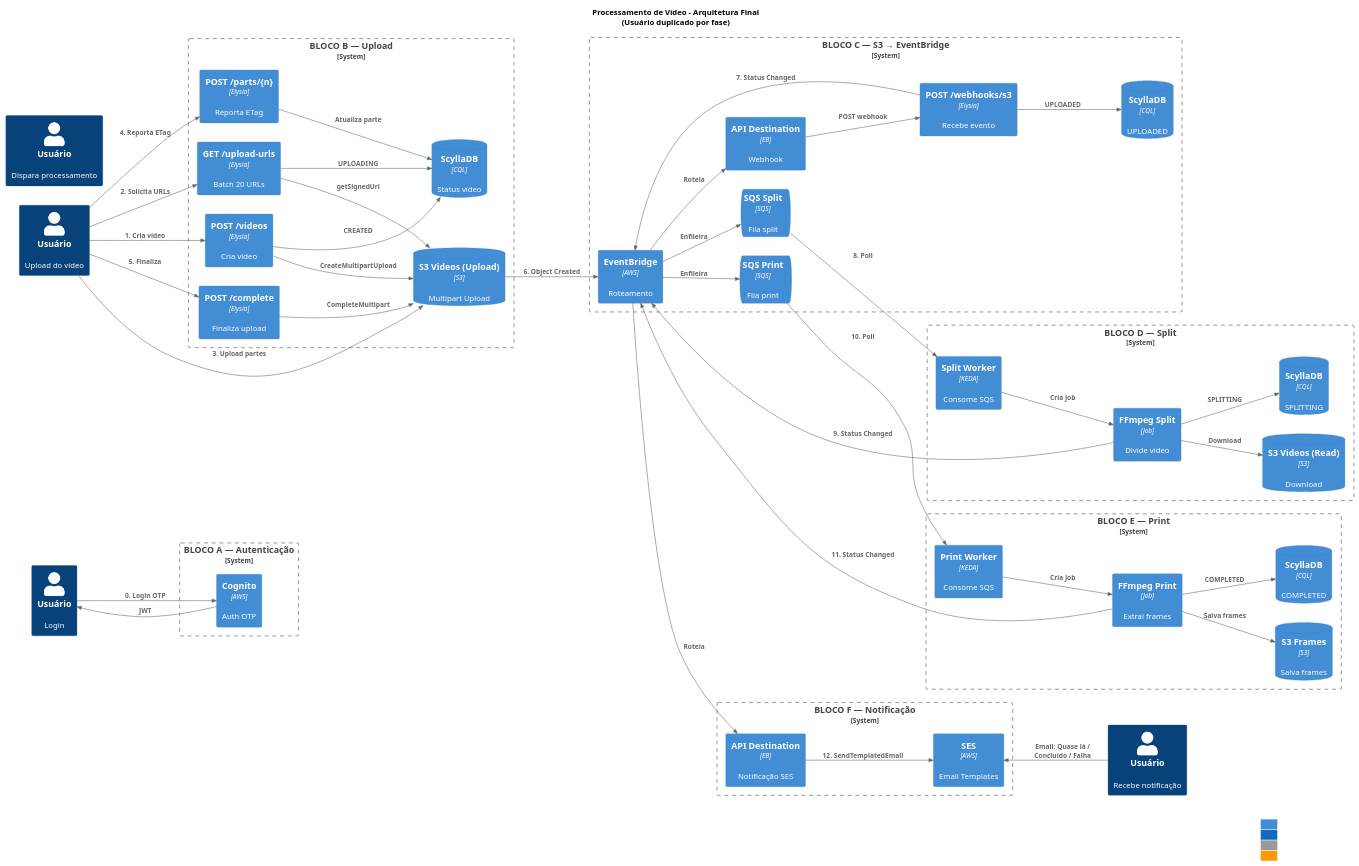
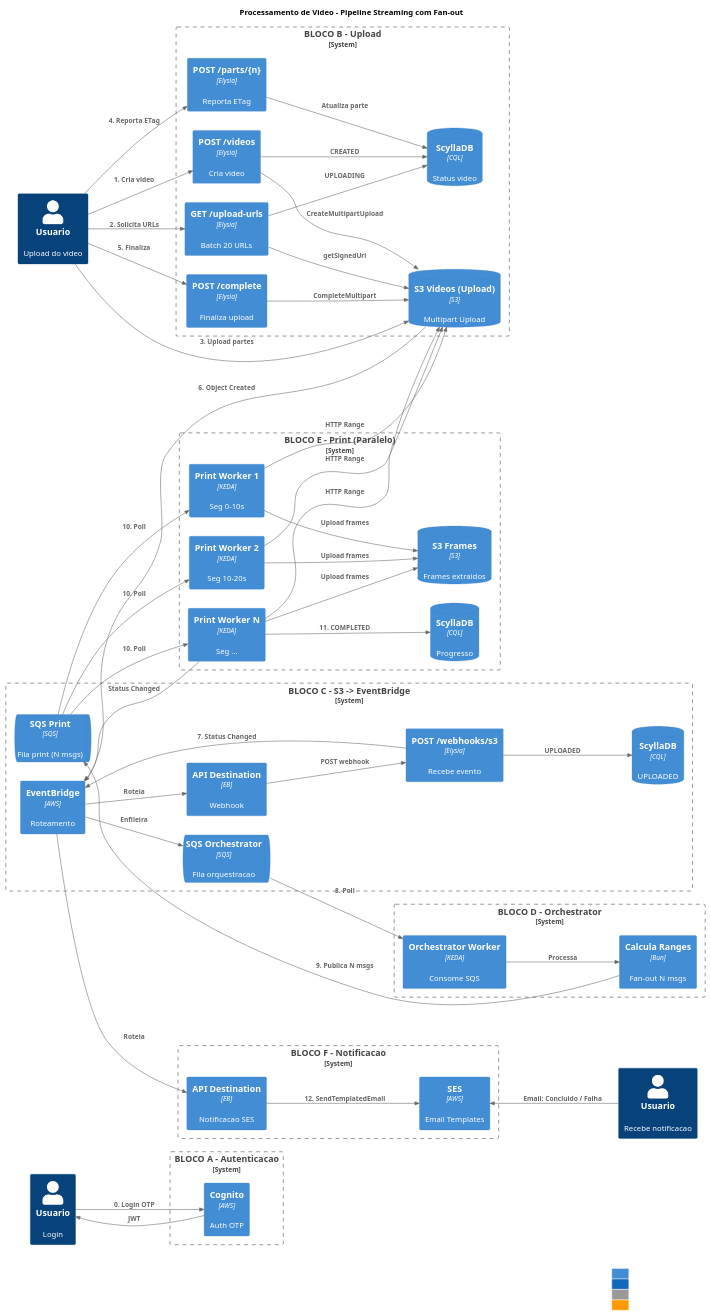
Before and after one commit to FreitasArao/fiap-image: the diagram in docs/hld-architecture.puml, drawn with PlantUML. The commit also changed 32 other files, not shown here.

Commit message:
feat: Refactor video processing architecture to implement orchestrator and print workers, enhance SQS and EventBridge integration, and introduce time range calculations for segment processing

```diff
--- a/docs/hld-architecture.puml
+++ b/docs/hld-architecture.puml
@@ -1,131 +1,110 @@
-@startuml HLD-Flow-Blocks-UserPhases
+@startuml HLD-Architecture
 !include https://raw.githubusercontent.com/plantuml-stdlib/C4-PlantUML/master/C4_Container.puml
 !include https://raw.githubusercontent.com/plantuml-stdlib/C4-PlantUML/master/C4_Context.puml
 
 LAYOUT_LEFT_RIGHT()
 HIDE_STEREOTYPE()
-title Processamento de Vídeo - Arquitetura Final\n(Usuário duplicado por fase)
+title Processamento de Video - Pipeline Streaming com Fan-out
 
 legend right
   |= Cor |= Tipo |
   | <#438DD5> | AWS Services |
   | <#1168BD> | API / Backend |
   | <#999999> | Kubernetes |
   | <#FF9900> | Banco de Dados |
 endlegend
 
-' =========================
-' USUÁRIOS POR FASE
-' =========================
-Person(userAuth, "Usuário", "Login")
-Person(userUpload, "Usuário", "Upload do vídeo")
-Person(userProcess, "Usuário", "Dispara processamento")
-Person(userNotify, "Usuário", "Recebe notificação")
+Person(userAuth, "Usuario", "Login")
+Person(userUpload, "Usuario", "Upload do video")
+Person(userNotify, "Usuario", "Recebe notificacao")
 
-' =========================
-' BLOCO A — AUTH
-' =========================
-System_Boundary(block_auth, "BLOCO A — Autenticação") {
+System_Boundary(block_auth, "BLOCO A - Autenticacao") {
   Container(cognito_A, "Cognito", "AWS", "Auth OTP")
 }
 
 Rel(userAuth, cognito_A, "0. Login OTP")
 Rel(cognito_A, userAuth, "JWT")
 
-' =========================
-' BLOCO B — UPLOAD
-' =========================
-System_Boundary(block_upload, "BLOCO B — Upload") {
-  Container(apiVideos_B, "POST /videos", "Elysia", "Cria vídeo")
+System_Boundary(block_upload, "BLOCO B - Upload") {
+  Container(apiVideos_B, "POST /videos", "Elysia", "Cria video")
   Container(apiUrls_B, "GET /upload-urls", "Elysia", "Batch 20 URLs")
   Container(apiParts_B, "POST /parts/{n}", "Elysia", "Reporta ETag")
   Container(apiComplete_B, "POST /complete", "Elysia", "Finaliza upload")
 
   ContainerDb(s3Upload_B, "S3 Videos (Upload)", "S3", "Multipart Upload")
-  ContainerDb(cassandraUpload_B, "ScyllaDB", "CQL", "Status vídeo")
+  ContainerDb(cassandraUpload_B, "ScyllaDB", "CQL", "Status video")
 }
 
-Rel(userUpload, apiVideos_B, "1. Cria vídeo")
+Rel(userUpload, apiVideos_B, "1. Cria video")
 Rel(apiVideos_B, s3Upload_B, "CreateMultipartUpload")
 Rel(apiVideos_B, cassandraUpload_B, "CREATED")
 
 Rel(userUpload, apiUrls_B, "2. Solicita URLs")
 Rel(apiUrls_B, s3Upload_B, "getSignedUrl")
 Rel(apiUrls_B, cassandraUpload_B, "UPLOADING")
 
 Rel(userUpload, s3Upload_B, "3. Upload partes")
 Rel(userUpload, apiParts_B, "4. Reporta ETag")
 Rel(apiParts_B, cassandraUpload_B, "Atualiza parte")
 
 Rel(userUpload, apiComplete_B, "5. Finaliza")
 Rel(apiComplete_B, s3Upload_B, "CompleteMultipart")
 
-' =========================
-' BLOCO C — EVENTO S3
-' =========================
-System_Boundary(block_events, "BLOCO C — S3 → EventBridge") {
+System_Boundary(block_events, "BLOCO C - S3 -> EventBridge") {
   Container(eventbridge_C, "EventBridge", "AWS", "Roteamento")
   Container(apiDestWebhook_C, "API Destination", "EB", "Webhook")
   Container(apiWebhook_C, "POST /webhooks/s3", "Elysia", "Recebe evento")
 
-  ContainerQueue(sqsSplit_C, "SQS Split", "SQS", "Fila split")
-  ContainerQueue(sqsPrint_C, "SQS Print", "SQS", "Fila print")
+  ContainerQueue(sqsOrch_C, "SQS Orchestrator", "SQS", "Fila orquestracao")
+  ContainerQueue(sqsPrint_C, "SQS Print", "SQS", "Fila print (N msgs)")
 
   ContainerDb(cassandraEvent_C, "ScyllaDB", "CQL", "UPLOADED")
 }
 
 Rel(s3Upload_B, eventbridge_C, "6. Object Created")
 Rel(eventbridge_C, apiDestWebhook_C, "Roteia")
 Rel(apiDestWebhook_C, apiWebhook_C, "POST webhook")
 Rel(apiWebhook_C, cassandraEvent_C, "UPLOADED")
 Rel(apiWebhook_C, eventbridge_C, "7. Status Changed")
-Rel(eventbridge_C, sqsSplit_C, "Enfileira")
-Rel(eventbridge_C, sqsPrint_C, "Enfileira")
+Rel(eventbridge_C, sqsOrch_C, "Enfileira")
 
-' =========================
-' BLOCO D — SPLIT
-' =========================
-System_Boundary(block_split, "BLOCO D — Split") {
-  Container(kedaSplit_D, "Split Worker", "KEDA", "Consome SQS")
-  Container(jobSplit_D, "FFmpeg Split", "Job", "Divide vídeo")
-
-  ContainerDb(s3Split_D, "S3 Videos (Read)", "S3", "Download")
-  ContainerDb(cassandraSplit_D, "ScyllaDB", "CQL", "SPLITTING")
+System_Boundary(block_orch, "BLOCO D - Orchestrator") {
+  Container(kedaOrch_D, "Orchestrator Worker", "KEDA", "Consome SQS")
+  Container(jobOrch_D, "Calcula Ranges", "Bun", "Fan-out N msgs")
 }
 
-Rel(sqsSplit_C, kedaSplit_D, "8. Poll")
-Rel(kedaSplit_D, jobSplit_D, "Cria Job")
-Rel(jobSplit_D, s3Split_D, "Download")
-Rel(jobSplit_D, cassandraSplit_D, "SPLITTING")
-Rel(jobSplit_D, eventbridge_C, "9. Status Changed")
+Rel(sqsOrch_C, kedaOrch_D, "8. Poll")
+Rel(kedaOrch_D, jobOrch_D, "Processa")
+Rel(jobOrch_D, sqsPrint_C, "9. Publica N msgs")
 
-' =========================
-' BLOCO E — PRINT
-' =========================
-System_Boundary(block_print, "BLOCO E — Print") {
-  Container(kedaPrint_E, "Print Worker", "KEDA", "Consome SQS")
-  Container(jobPrint_E, "FFmpeg Print", "Job", "Extrai frames")
+System_Boundary(block_print, "BLOCO E - Print (Paralelo)") {
+  Container(kedaPrint_E1, "Print Worker 1", "KEDA", "Seg 0-10s")
+  Container(kedaPrint_E2, "Print Worker 2", "KEDA", "Seg 10-20s")
+  Container(kedaPrint_EN, "Print Worker N", "KEDA", "Seg ...")
 
-  ContainerDb(s3Frames_E, "S3 Frames", "S3", "Salva frames")
-  ContainerDb(cassandraDone_E, "ScyllaDB", "CQL", "COMPLETED")
+  ContainerDb(s3Frames_E, "S3 Frames", "S3", "Frames extraidos")
+  ContainerDb(cassandraDone_E, "ScyllaDB", "CQL", "Progresso")
 }
 
-Rel(sqsPrint_C, kedaPrint_E, "10. Poll")
-Rel(kedaPrint_E, jobPrint_E, "Cria Job")
-Rel(jobPrint_E, s3Frames_E, "Salva frames")
-Rel(jobPrint_E, cassandraDone_E, "COMPLETED")
-Rel(jobPrint_E, eventbridge_C, "11. Status Changed")
+Rel(sqsPrint_C, kedaPrint_E1, "10. Poll")
+Rel(sqsPrint_C, kedaPrint_E2, "10. Poll")
+Rel(sqsPrint_C, kedaPrint_EN, "10. Poll")
+Rel(kedaPrint_E1, s3Upload_B, "HTTP Range")
+Rel(kedaPrint_E2, s3Upload_B, "HTTP Range")
+Rel(kedaPrint_EN, s3Upload_B, "HTTP Range")
+Rel(kedaPrint_E1, s3Frames_E, "Upload frames")
+Rel(kedaPrint_E2, s3Frames_E, "Upload frames")
+Rel(kedaPrint_EN, s3Frames_E, "Upload frames")
+Rel(kedaPrint_EN, cassandraDone_E, "11. COMPLETED")
+Rel(kedaPrint_EN, eventbridge_C, "Status Changed")
 
-' =========================
-' BLOCO F — NOTIFICAÇÃO
-' =========================
-System_Boundary(block_notify, "BLOCO F — Notificação") {
-  Container(apiDestSES_F, "API Destination", "EB", "Notificação SES")
+System_Boundary(block_notify, "BLOCO F - Notificacao") {
+  Container(apiDestSES_F, "API Destination", "EB", "Notificacao SES")
   Container(ses_F, "SES", "AWS", "Email Templates")
 }
 
 Rel(eventbridge_C, apiDestSES_F, "Roteia")
 Rel(apiDestSES_F, ses_F, "12. SendTemplatedEmail")
-Rel_Back(ses_F, userNotify, "Email: Quase lá / Concluído / Falha")
+Rel_Back(ses_F, userNotify, "Email: Concluido / Falha")
 
 @enduml
```
